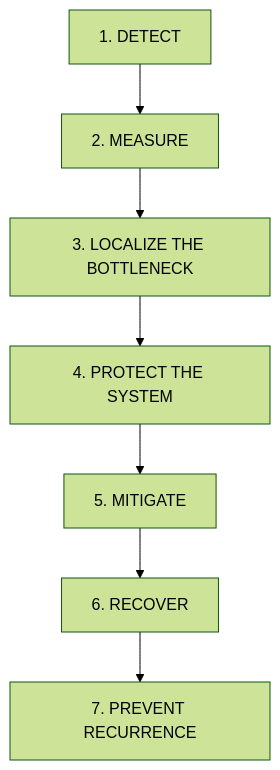
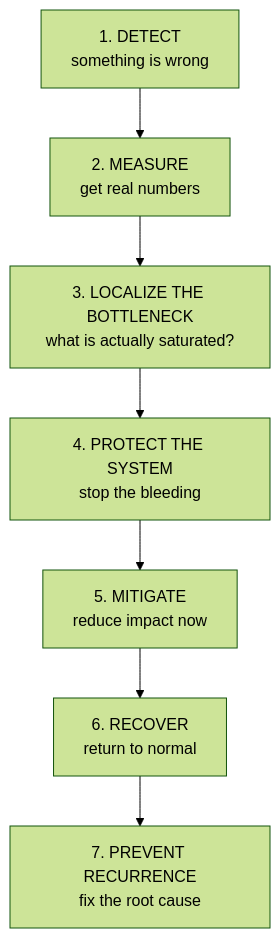
One commit to pankajThakur1874/studysheet changed the first of 29 diagrams in files/08-edge-cases/Tier-1-Production-Failures.md. Above: the diagram before and after it, drawn with Mermaid (forest theme). The commit also changed other lines of this file and 5 other files, not shown here.

````diff
--- a/files/08-edge-cases/Tier-1-Production-Failures.md
+++ b/files/08-edge-cases/Tier-1-Production-Failures.md
@@ -11,9 +24,9 @@
 ```mermaid
 flowchart TD
-    A["1. DETECT"] --> B["2. MEASURE"]
-    B --> C["3. LOCALIZE THE BOTTLENECK"]
-    C --> D["4. PROTECT THE SYSTEM"]
-    D --> E["5. MITIGATE"]
-    E --> F["6. RECOVER"]
-    F --> G["7. PREVENT RECURRENCE"]
+    A["1. DETECT<br/>something is wrong"] --> B["2. MEASURE<br/>get real numbers"]
+    B --> C["3. LOCALIZE THE BOTTLENECK<br/>what is actually saturated?"]
+    C --> D["4. PROTECT THE SYSTEM<br/>stop the bleeding"]
+    D --> E["5. MITIGATE<br/>reduce impact now"]
+    E --> F["6. RECOVER<br/>return to normal"]
+    F --> G["7. PREVENT RECURRENCE<br/>fix the root cause"]
 ```
````
